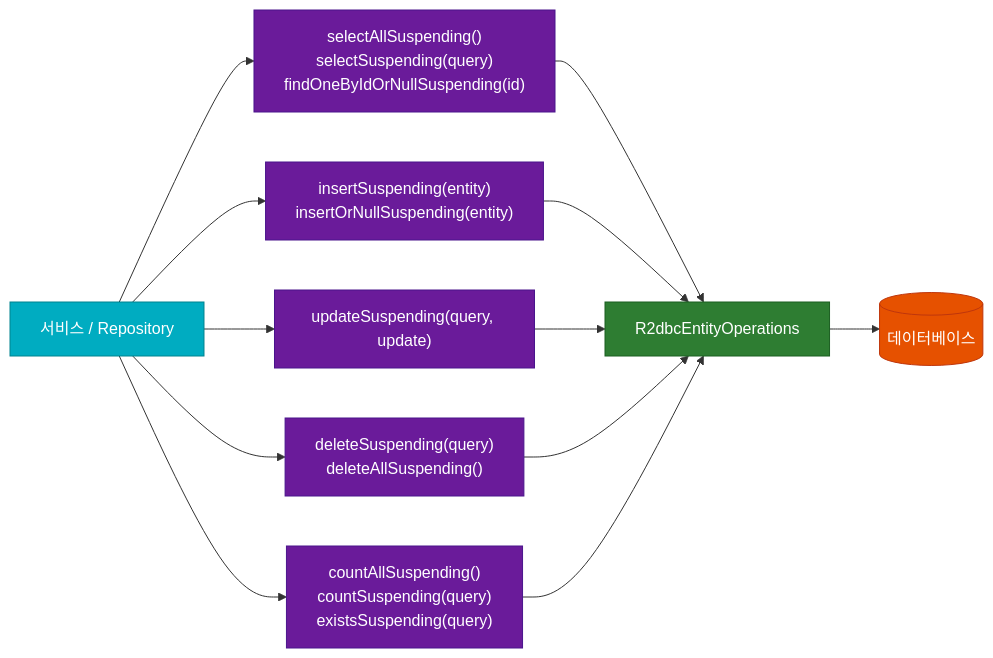
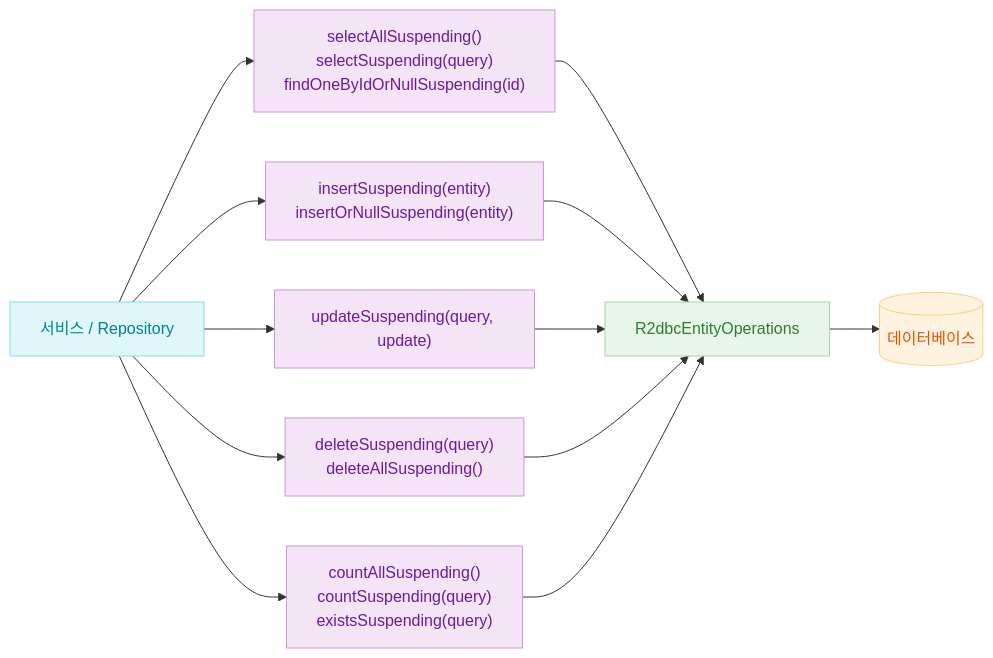
Before and after one commit to bluetape4k/bluetape4k-projects: the third of 4 diagrams in spring-boot4/r2dbc/README.ko.md, drawn with Mermaid. The commit also changed other lines of this file and 219 other files, not shown here.

First line of the commit message:
docs: 전체 README Mermaid 다이어그램 가이드 적용

````diff
--- a/spring-boot4/r2dbc/README.ko.md
+++ b/spring-boot4/r2dbc/README.ko.md
@@ -191,24 +191,24 @@
 ```mermaid
 flowchart LR
     Service["서비스 / Repository"] --> Select["selectAllSuspending()<br/>selectSuspending(query)<br/>findOneByIdOrNullSuspending(id)"]
     Service --> Insert["insertSuspending(entity)<br/>insertOrNullSuspending(entity)"]
     Service --> Update["updateSuspending(query, update)"]
     Service --> Delete["deleteSuspending(query)<br/>deleteAllSuspending()"]
     Service --> Count["countAllSuspending()<br/>countSuspending(query)<br/>existsSuspending(query)"]
     Select --> ROps["R2dbcEntityOperations"]
     Insert --> ROps
     Update --> ROps
     Delete --> ROps
     Count --> ROps
     ROps --> DB[("데이터베이스")]
 
-    classDef serviceStyle fill:#00ACC1,stroke:#00838F,color:#FFFFFF
-    classDef opStyle fill:#6A1B9A,stroke:#4A148C,color:#FFFFFF
-    classDef opsStyle fill:#2E7D32,stroke:#1B5E20,color:#FFFFFF
-    classDef dbStyle fill:#E65100,stroke:#BF360C,color:#FFFFFF
+    classDef serviceStyle fill:#E0F7FA,stroke:#80DEEA,color:#00838F
+    classDef opStyle fill:#F3E5F5,stroke:#CE93D8,color:#6A1B9A
+    classDef opsStyle fill:#E8F5E9,stroke:#A5D6A7,color:#2E7D32
+    classDef dbStyle fill:#FFF3E0,stroke:#FFCC80,color:#E65100
 
     class Service serviceStyle
     class Select,Insert,Update,Delete,Count opStyle
     class ROps opsStyle
     class DB dbStyle
 ```
````
